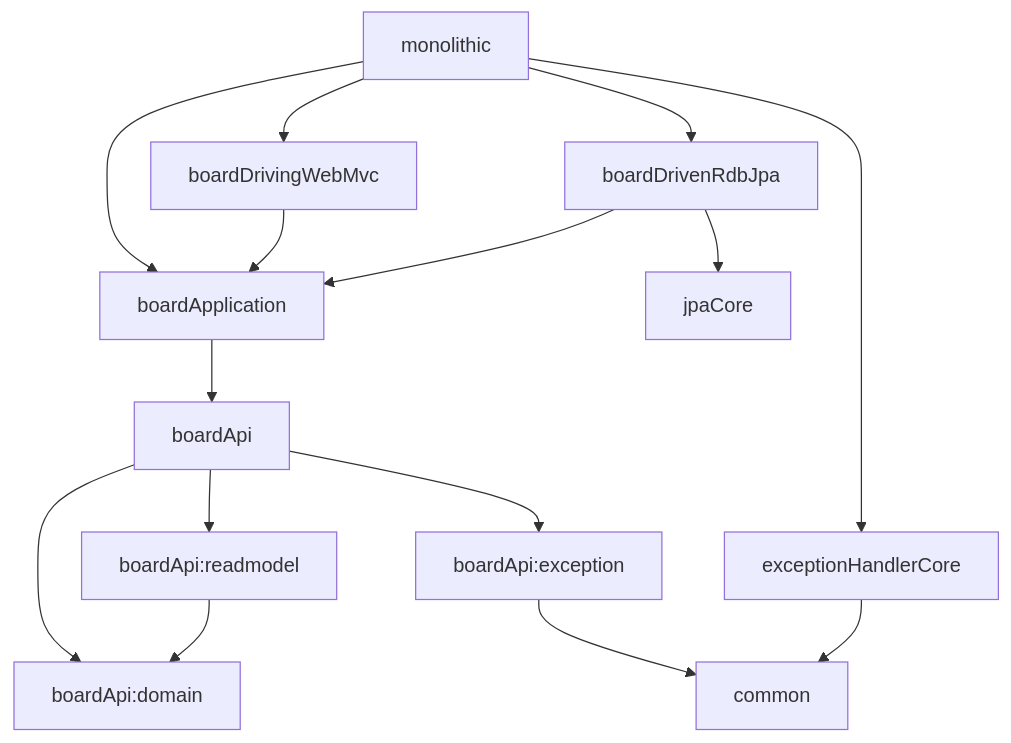
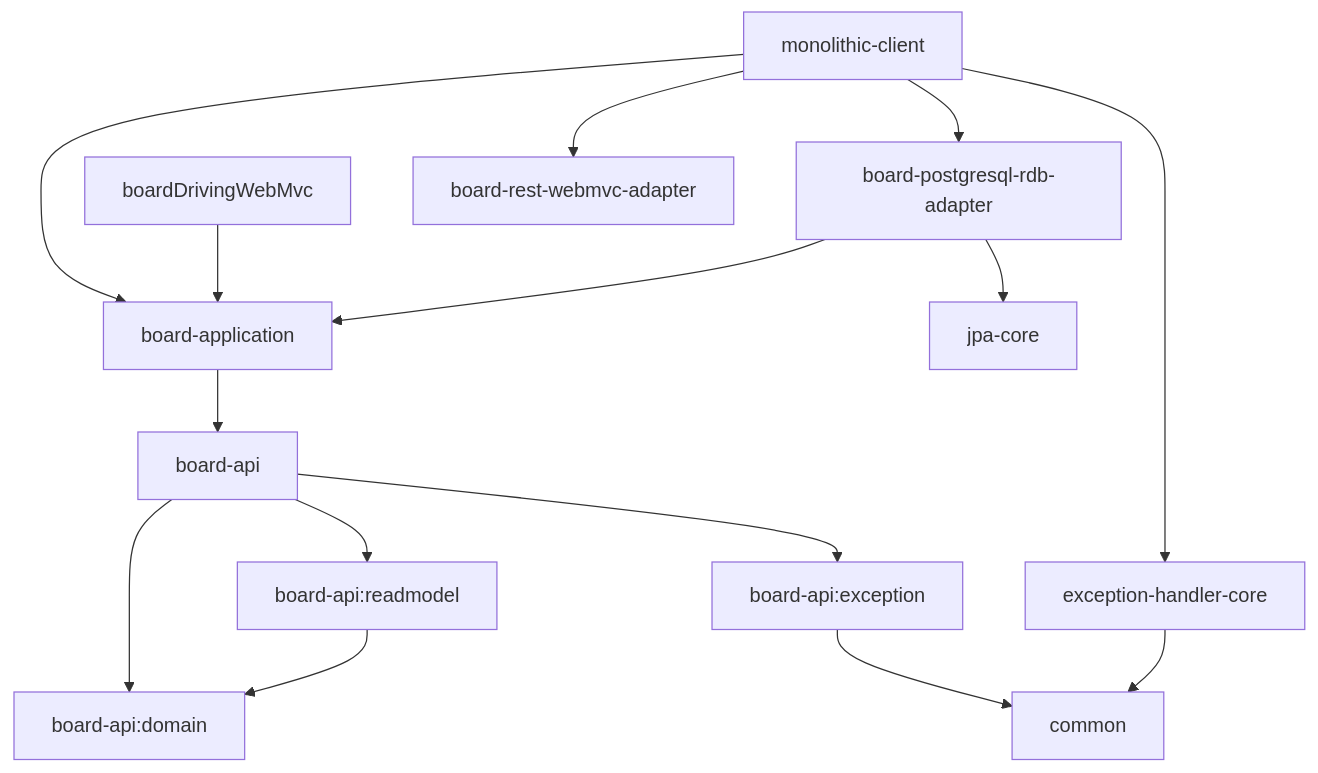
One commit to silberbullet/blolet-multi-module-example changed the diagram in README.md. Above: the diagram before and after it, drawn with Mermaid. The commit also changed other lines of this file, not shown here.

````diff
--- a/README.md
+++ b/README.md
@@ -32,23 +32,23 @@
 ```mermaid
 graph TD;
-    exceptionHandlerCore --> common;
-    boardApi:exception --> common;
+    exception-handler-core --> common;
+    board-api:exception --> common;
     
-    boardApi:readmodel --> boardApi:domain;
+    board-api:readmodel --> board-api:domain;
     
-    boardApi --> boardApi:domain;
-    boardApi --> boardApi:exception;
-    boardApi --> boardApi:readmodel;
+    board-api --> board-api:domain;
+    board-api --> board-api:exception;
+    board-api --> board-api:readmodel;
     
-    boardApplication --> boardApi;
+    board-application --> board-api;
     
-    boardDrivenRdbJpa --> jpaCore;
-    boardDrivenRdbJpa --> boardApplication;
+    board-postgresql-rdb-adapter --> jpa-core;
+    board-postgresql-rdb-adapter --> board-application;
 
-    boardDrivingWebMvc --> boardApplication;
+    boardDrivingWebMvc --> board-application;
 
-    monolithic --> boardApplication;
-    monolithic --> boardDrivenRdbJpa
-    monolithic --> boardDrivingWebMvc 
-    monolithic --> exceptionHandlerCore
+    monolithic-client --> board-application;
+    monolithic-client --> board-postgresql-rdb-adapter
+    monolithic-client --> board-rest-webmvc-adapter 
+    monolithic-client --> exception-handler-core 
 ```
````
